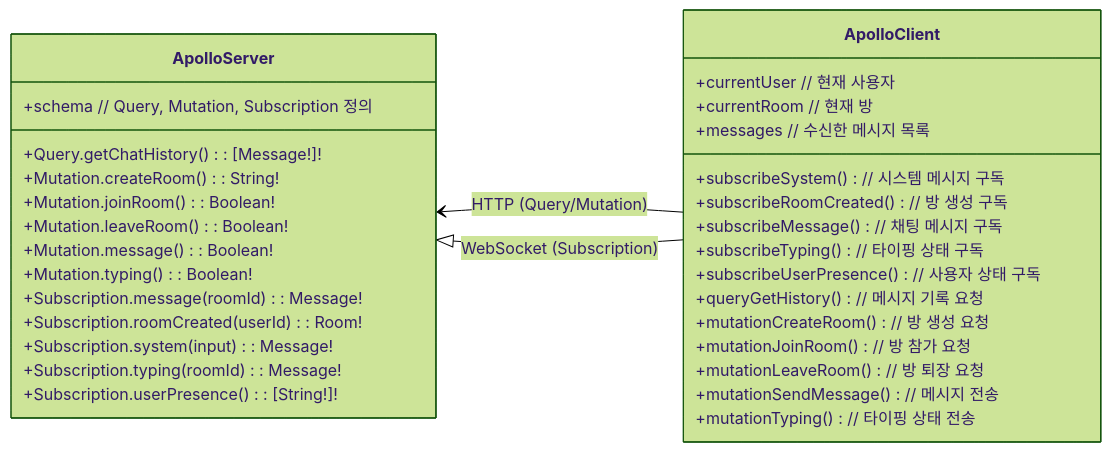
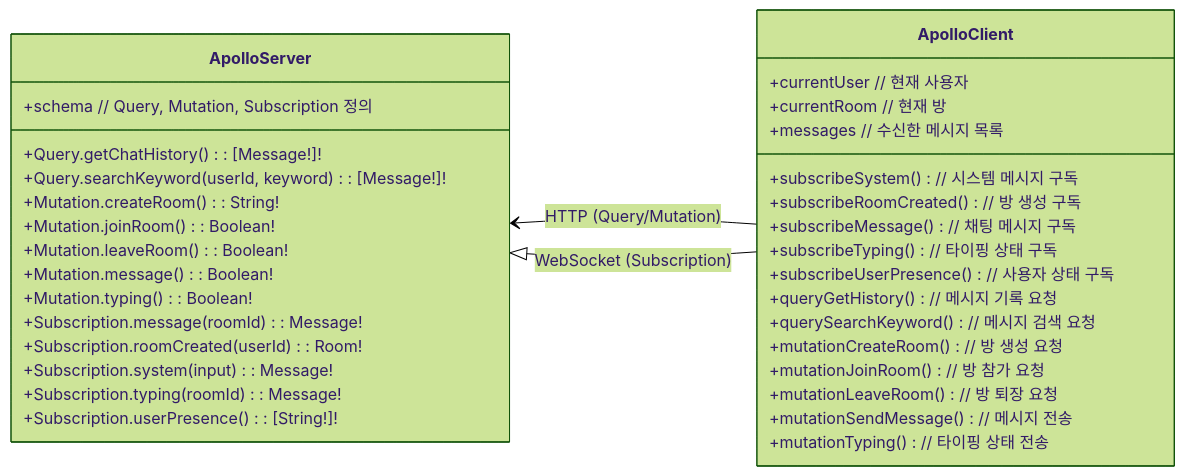
The first of 2 diagrams in README.md (NarciSource/Chat-GraphQL), drawn with Mermaid (forest theme) before and after one commit. The commit also changed other lines of this file, not shown here.

````diff
--- a/README.md
+++ b/README.md
@@ -73,39 +74,41 @@
 ```mermaid
 classDiagram
     direction RL
 
     class ApolloClient {
         +currentUser // 현재 사용자
         +currentRoom // 현재 방
         +messages // 수신한 메시지 목록
         +subscribeSystem() // 시스템 메시지 구독
         +subscribeRoomCreated() // 방 생성 구독
         +subscribeMessage() // 채팅 메시지 구독
         +subscribeTyping() // 타이핑 상태 구독
         +subscribeUserPresence() // 사용자 상태 구독
         +queryGetHistory() // 메시지 기록 요청
+        +querySearchKeyword() // 메시지 검색 요청
         +mutationCreateRoom() // 방 생성 요청
         +mutationJoinRoom() // 방 참가 요청
         +mutationLeaveRoom() // 방 퇴장 요청
         +mutationSendMessage() // 메시지 전송
         +mutationTyping() // 타이핑 상태 전송
     }
 
     class ApolloServer {
         +schema // Query, Mutation, Subscription 정의
         +Query.getChatHistory() : [Message!]!
+        +Query.searchKeyword(userId, keyword): [Message!]!
         +Mutation.createRoom() : String!
         +Mutation.joinRoom() : Boolean!
         +Mutation.leaveRoom() : Boolean!
         +Mutation.message() : Boolean!
         +Mutation.typing() : Boolean!
         +Subscription.message(roomId) : Message!
         +Subscription.roomCreated(userId) : Room!
         +Subscription.system(input) : Message!
         +Subscription.typing(roomId) : Message!
         +Subscription.userPresence() : [String!]!
     }
 
     ApolloClient --> ApolloServer : HTTP (Query/Mutation)
     ApolloClient --|> ApolloServer : WebSocket (Subscription)
 ```
````
